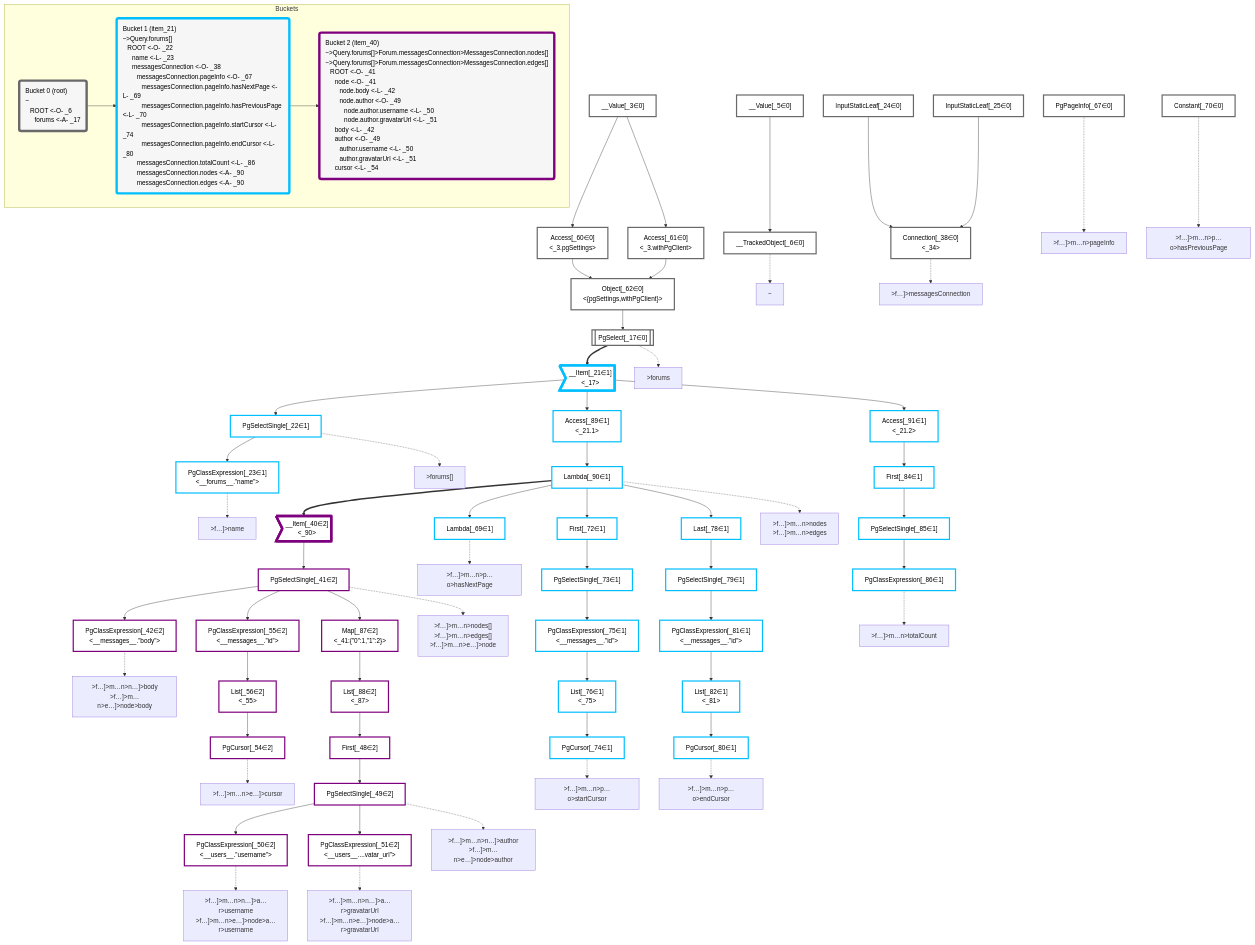
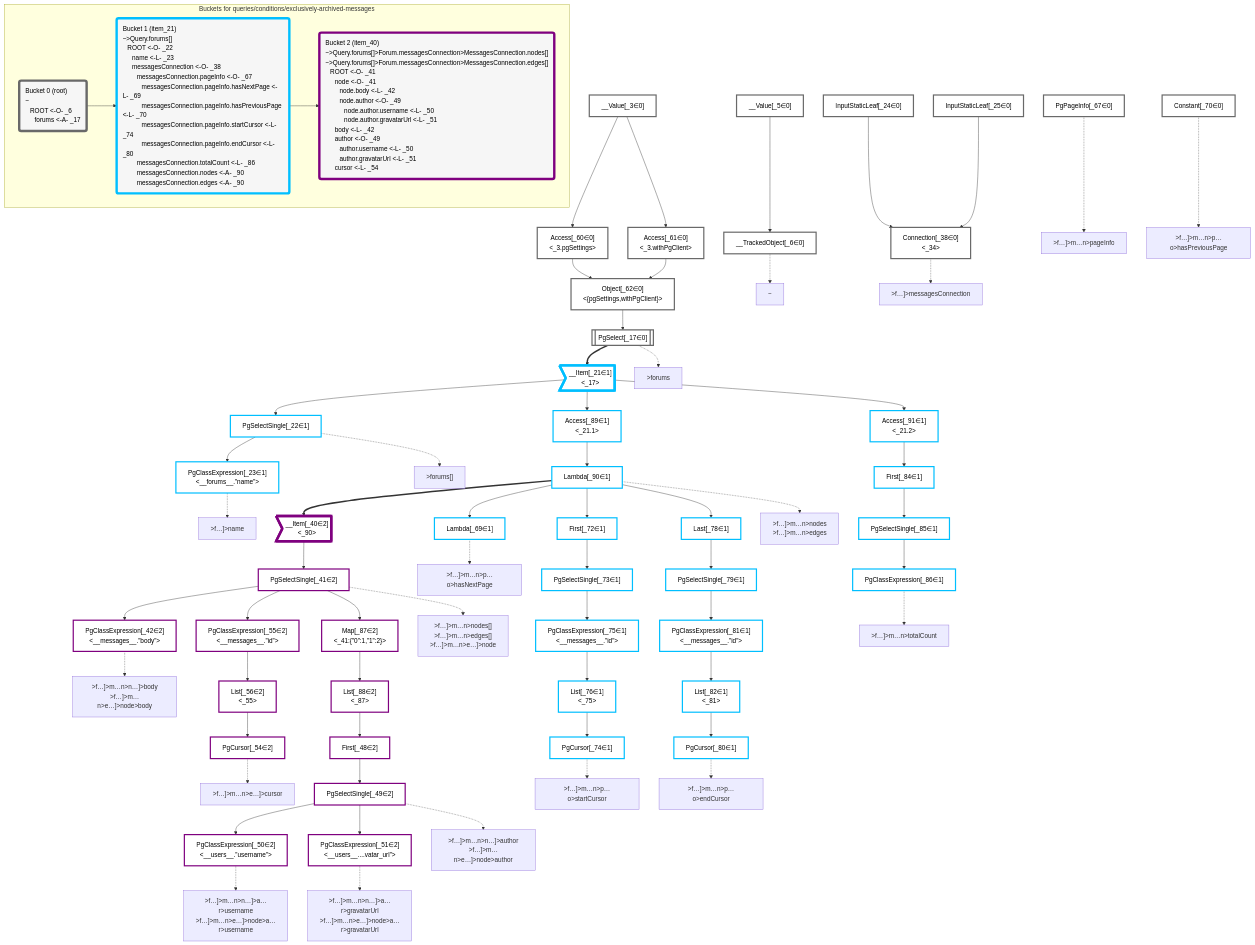
Before and after one commit to graphile/crystal: the diagram in packages/dataplan-pg/__tests__/queries/conditions/exclusively-archived-messages.mermaid.md, drawn with Mermaid. The commit also changed 195 other files, not shown here.

```diff
--- a/packages/dataplan-pg/__tests__/queries/conditions/exclusively-archived-messages.mermaid.md
+++ b/packages/dataplan-pg/__tests__/queries/conditions/exclusively-archived-messages.mermaid.md
@@ -141,7 +141,7 @@
     classDef bucket2 stroke:#7f007f
     class __Item_40,PgSelectSingle_41,PgClassExpression_42,First_48,PgSelectSingle_49,PgClassExpression_50,PgClassExpression_51,PgCursor_54,PgClassExpression_55,List_56,Map_87,List_88 bucket2
 
-    subgraph Buckets
+    subgraph "Buckets for queries/conditions/exclusively-archived-messages"
     Bucket0("Bucket 0 (root)<br />~<br />⠀ROOT <-O- _6<br />⠀⠀forums <-A- _17"):::bucket
     style Bucket0 stroke:#696969
     Bucket1("Bucket 1 (item_21)<br />~>Query.forums[]<br />⠀ROOT <-O- _22<br />⠀⠀name <-L- _23<br />⠀⠀messagesConnection <-O- _38<br />⠀⠀⠀messagesConnection.pageInfo <-O- _67<br />⠀⠀⠀⠀messagesConnection.pageInfo.hasNextPage <-L- _69<br />⠀⠀⠀⠀messagesConnection.pageInfo.hasPreviousPage <-L- _70<br />⠀⠀⠀⠀messagesConnection.pageInfo.startCursor <-L- _74<br />⠀⠀⠀⠀messagesConnection.pageInfo.endCursor <-L- _80<br />⠀⠀⠀messagesConnection.totalCount <-L- _86<br />⠀⠀⠀messagesConnection.nodes <-A- _90<br />⠀⠀⠀messagesConnection.edges <-A- _90"):::bucket
```
